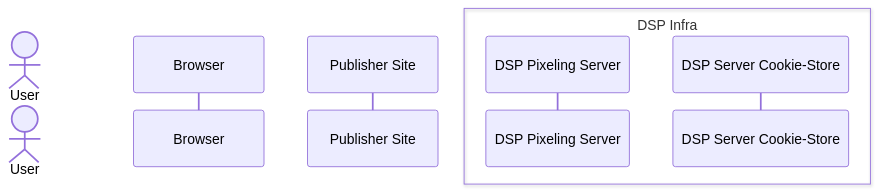
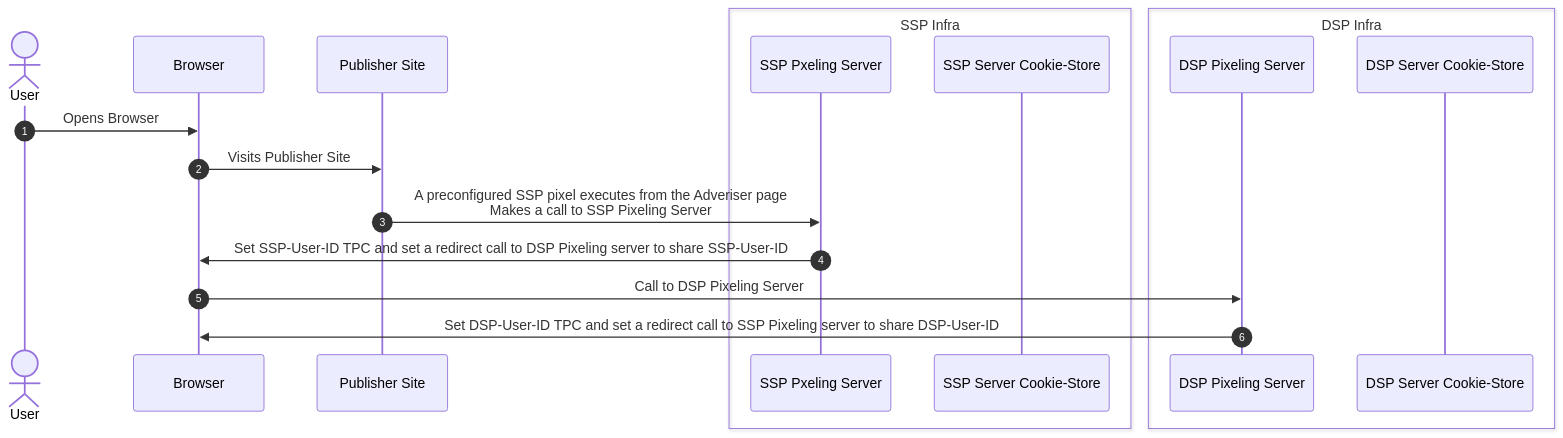
Before and after one commit to pm-harshad-mane/Diagrams: the second of 2 diagrams in Fledge/RetargetingWithCookies.md, drawn with Mermaid.

````diff
--- a/Fledge/RetargetingWithCookies.md
+++ b/Fledge/RetargetingWithCookies.md
@@ -24,12 +24,22 @@
 ```mermaid
 sequenceDiagram
     autonumber
     actor User
     participant Browser
     participant Pub as Publisher Site
+    box SSP Infra
+    participant SSP_pix as SSP Pxeling Server
+    participant SSP_db as SSP Server Cookie-Store
+    end
     box DSP Infra
     participant DSP_pix as DSP Pixeling Server
     participant DSP_db as DSP Server Cookie-Store
     end
 
+    User->>Browser: Opens Browser
+    Browser->>Pub: Visits Publisher Site
+    Pub->>SSP_pix: A preconfigured SSP pixel executes from the Adveriser page  <br/> Makes a call to SSP Pixeling Server
+    SSP_pix->>Browser: Set SSP-User-ID TPC and set a redirect call to DSP Pixeling server to share SSP-User-ID
+    Browser->>DSP_pix: Call to DSP Pixeling Server
+    DSP_pix->>Browser: Set DSP-User-ID TPC and set a redirect call to SSP Pixeling server to share DSP-User-ID
 ```
````
